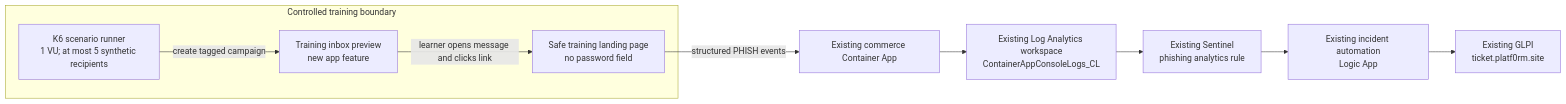
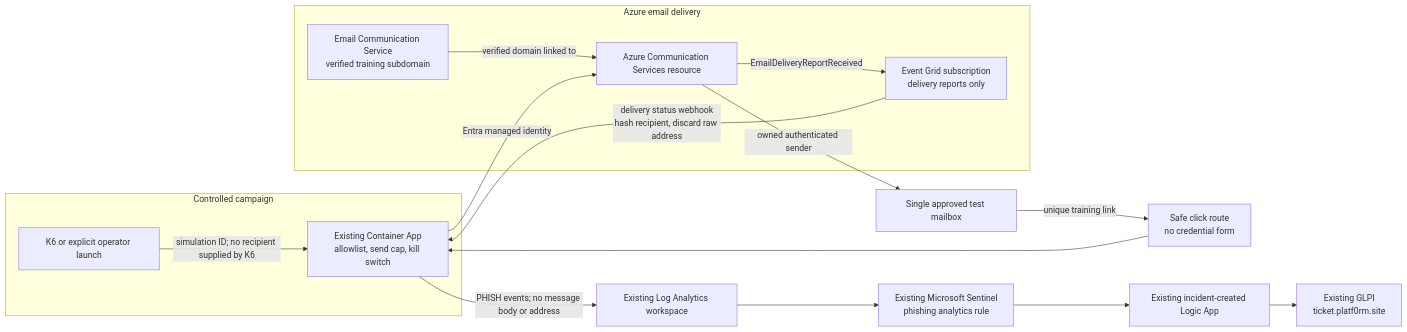
One commit to isaiah1701/secure-commerce-platform changed the first of 2 diagrams in docs/email-phish.md. Above: the diagram before and after it, drawn with Mermaid. The commit also changed other lines of this file, not shown here.

Commit message:
docs: plan controlled phishing email infrastructure

````diff
--- a/docs/email-phish.md
+++ b/docs/email-phish.md
@@ -21,16 +22,27 @@
 ```mermaid
 flowchart LR
-    subgraph Lab[Controlled training boundary]
-        K[K6 scenario runner<br/>1 VU; at most 5 synthetic recipients]
-        I[Training inbox preview<br/>new app feature]
-        C[Safe training landing page<br/>no password field]
-        K -->|create tagged campaign| I
-        I -->|learner opens message and clicks link| C
+    subgraph Run[Controlled campaign]
+        K[K6 or explicit operator launch]
+        API[Existing Container App<br/>allowlist, send cap, kill switch]
+        K -->|simulation ID; no recipient supplied by K6| API
     end
 
-    C -->|structured PHISH events| APP[Existing commerce Container App]
-    APP --> LAW[Existing Log Analytics workspace<br/>ContainerAppConsoleLogs_CL]
-    LAW --> SENT[Existing Sentinel<br/>phishing analytics rule]
-    SENT --> PLAY[Existing incident automation<br/>Logic App]
+    subgraph Mail[Azure email delivery]
+        EMAIL[Email Communication Service<br/>verified training subdomain]
+        ACS[Azure Communication Services resource]
+        EG[Event Grid subscription<br/>delivery reports only]
+        EMAIL -->|verified domain linked to| ACS
+        ACS -->|EmailDeliveryReportReceived| EG
+    end
+
+    API -->|Entra managed identity| ACS
+    ACS -->|owned authenticated sender| BOX[Single approved test mailbox]
+    BOX -->|unique training link| LAND[Safe click route<br/>no credential form]
+    LAND --> API
+    EG -->|delivery status webhook<br/>hash recipient, discard raw address| API
+
+    API -->|PHISH events; no message body or address| LAW[Existing Log Analytics workspace]
+    LAW --> SENT[Existing Microsoft Sentinel<br/>phishing analytics rule]
+    SENT --> PLAY[Existing incident-created Logic App]
     PLAY --> GLPI[Existing GLPI<br/>ticket.platf0rm.site]
 ```
````
